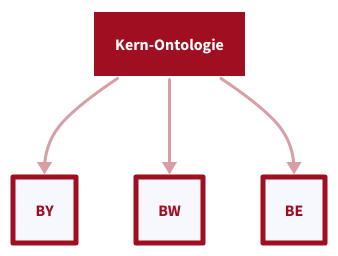
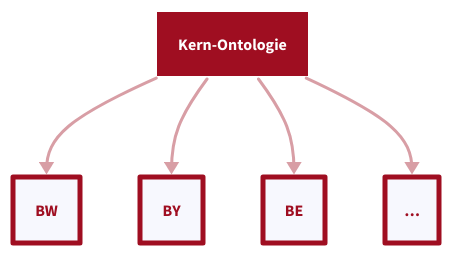
Before and after one commit to FWU-DE/lehrplan-ontologie: the first of 2 diagrams in docs/structure.md, drawn with D2. The commit also changed other lines of this file and 38 other files, not shown here.

````diff
--- a/docs/structure.md
+++ b/docs/structure.md
@@ -149,59 +111,18 @@
 ```d2
-BW: {
-  style: {
-    stroke: "#9F0E21"
-    stroke-width: 5
-    font-color: "#9F0E21"
-  }
-}
-
-BY: {
-  style: {
-    stroke: "#9F0E21"
-    stroke-width: 5
-    font-color: "#9F0E21"
-  }
-}
-
-BE: {
-  style: {
-    stroke: "#9F0E21"
-    stroke-width: 5
-    font-color: "#9F0E21"
-  }
-}
-
 Kern-Ontologie: {
   style: {
     font-color: white
-    opacity: 1
     fill: "#9F0E21"
     stroke: white
   }
 }
+BW: { style: { stroke: "#9F0E21"; stroke-width: 5; font-color: "#9F0E21" } }
+BY: { style: { stroke: "#9F0E21"; stroke-width: 5; font-color: "#9F0E21" } }
+BE: { style: { stroke: "#9F0E21"; stroke-width: 5; font-color: "#9F0E21" } }
+"…": { style: { stroke: "#9F0E21"; stroke-width: 5; font-color: "#9F0E21" } }
 
-Kern-Ontologie -> BY: {
-  style: {
-    stroke: "#9F0E21"
-    opacity: 0.4
-    stroke-width: 3
-  }
-}
-
-Kern-Ontologie -> BW: {
-  style: {
-    stroke: "#9F0E21"
-    opacity: 0.4
-    stroke-width: 3
-  }
-}
-
-Kern-Ontologie -> BE: {
-  style: {
-    stroke: "#9F0E21"
-    opacity: 0.4
-    stroke-width: 3
-  }
-}
-
+Kern-Ontologie -> BW: { style: { stroke: "#9F0E21"; opacity: 0.4; stroke-width: 3 } }
+Kern-Ontologie -> BY: { style: { stroke: "#9F0E21"; opacity: 0.4; stroke-width: 3 } }
+Kern-Ontologie -> BE: { style: { stroke: "#9F0E21"; opacity: 0.4; stroke-width: 3 } }
+Kern-Ontologie -> "…": { style: { stroke: "#9F0E21"; opacity: 0.4; stroke-width: 3 } }
 ```
````
